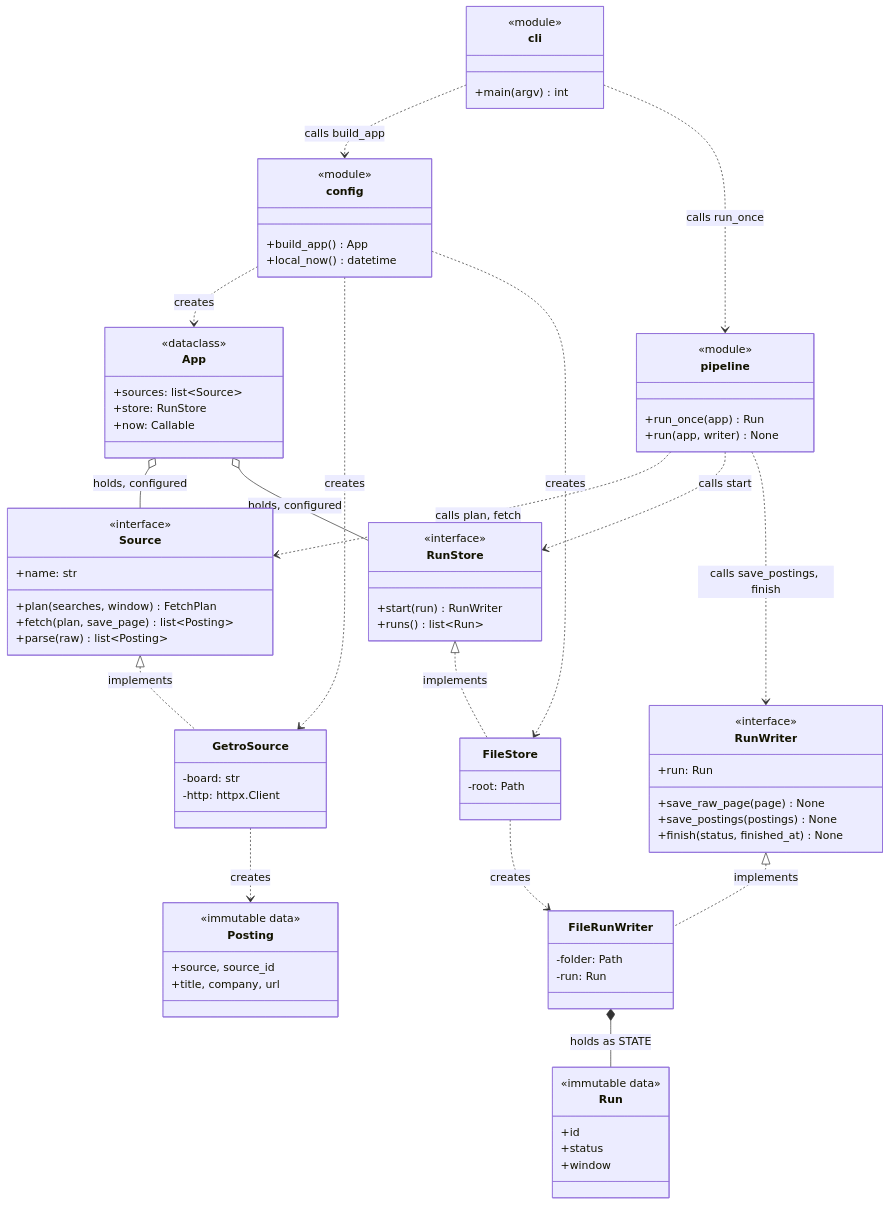
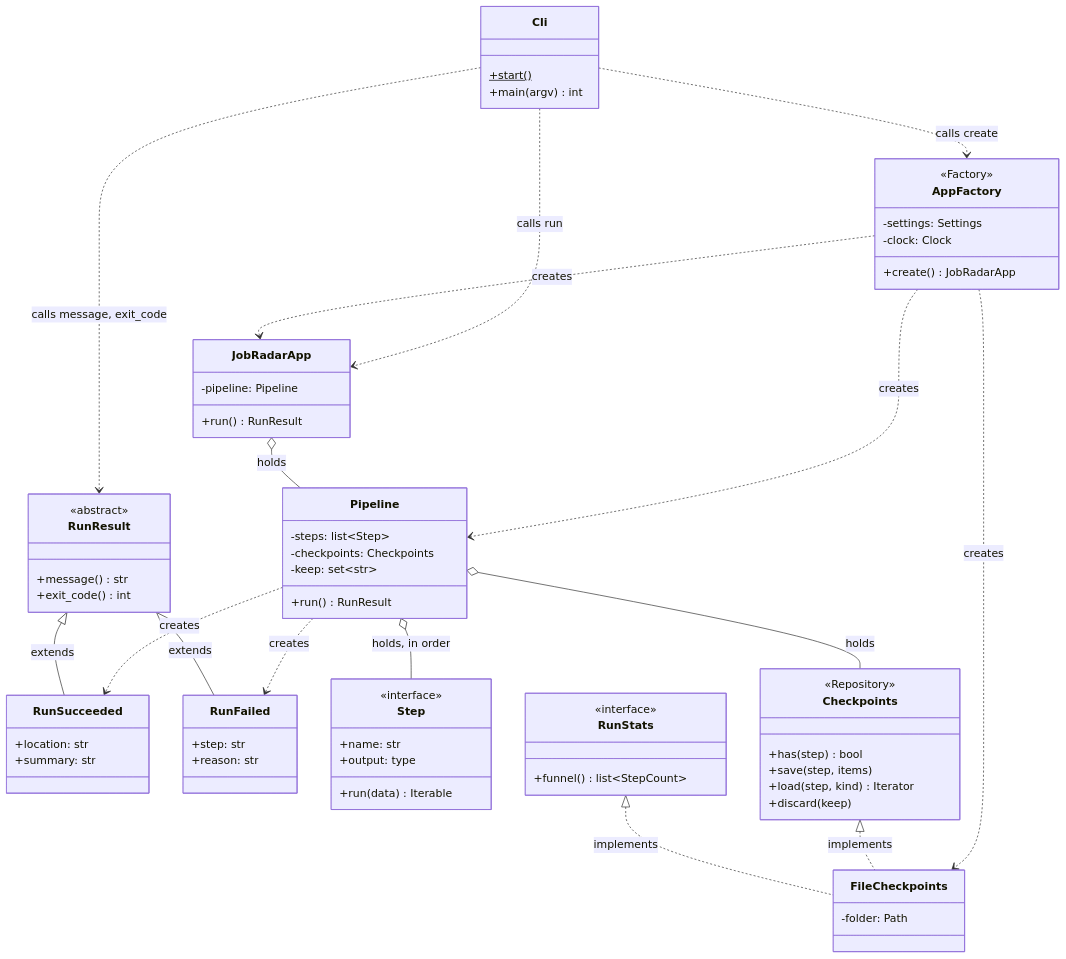
Before and after one commit to adailida/job-radar: the first of 4 diagrams in docs/architecture.md, drawn with Mermaid. The commit also changed other lines of this file, not shown here.

First line of the commit message:
Redesign the architecture: pipeline of steps with checkpoints

````diff
--- a/docs/architecture.md
+++ b/docs/architecture.md
@@ -12,82 +23,73 @@
 classDiagram
     direction TB
 
-    class cli {
-        <<module>>
+    class Cli {
+        +start()$
         +main(argv) int
     }
-    class config {
-        <<module>>
-        +build_app() App
-        +local_now() datetime
+    class AppFactory {
+        <<Factory>>
+        -settings: Settings
+        -clock: Clock
+        +create() JobRadarApp
     }
-    class App {
-        <<dataclass>>
-        +sources: list~Source~
-        +store: RunStore
-        +now: Callable
+    class JobRadarApp {
+        -pipeline: Pipeline
+        +run() RunResult
     }
-    class pipeline {
-        <<module>>
-        +run_once(app) Run
-        +run(app, writer) None
+    class RunResult {
+        <<abstract>>
+        +message() str
+        +exit_code() int
     }
-    class Source {
+    class RunSucceeded {
+        +location: str
+        +summary: str
+    }
+    class RunFailed {
+        +step: str
+        +reason: str
+    }
+    class Pipeline {
+        -steps: list~Step~
+        -checkpoints: Checkpoints
+        -keep: set~str~
+        +run() RunResult
+    }
+    class Step {
         <<interface>>
         +name: str
-        +plan(searches, window) FetchPlan
-        +fetch(plan, save_page) list~Posting~
-        +parse(raw) list~Posting~
+        +output: type
+        +run(data) Iterable
     }
-    class GetroSource {
-        -board: str
-        -http: httpx.Client
+    class Checkpoints {
+        <<Repository>>
+        +has(step) bool
+        +save(step, items)
+        +load(step, kind) Iterator
+        +discard(keep)
     }
-    class RunStore {
+    class RunStats {
         <<interface>>
-        +start(run) RunWriter
-        +runs() list~Run~
+        +funnel() list~StepCount~
     }
-    class FileStore {
-        -root: Path
-    }
-    class RunWriter {
-        <<interface>>
-        +run: Run
-        +save_raw_page(page) None
-        +save_postings(postings) None
-        +finish(status, finished_at) None
-    }
-    class FileRunWriter {
+    class FileCheckpoints {
         -folder: Path
-        -run: Run
-    }
-    class Run {
-        <<immutable data>>
-        +id
-        +status
-        +window
-    }
-    class Posting {
-        <<immutable data>>
-        +source, source_id
-        +title, company, url
     }
 
-    cli ..> config : calls build_app
-    cli ..> pipeline : calls run_once
-    config ..> App : creates
-    config ..> GetroSource : creates
-    config ..> FileStore : creates
-    App o-- Source : holds, configured
-    App o-- RunStore : holds, configured
-    pipeline ..> Source : calls plan, fetch
-    pipeline ..> RunStore : calls start
-    pipeline ..> RunWriter : calls save_postings, finish
-    Source <|.. GetroSource : implements
-    RunStore <|.. FileStore : implements
-    RunWriter <|.. FileRunWriter : implements
-    FileStore ..> FileRunWriter : creates
-    FileRunWriter *-- Run : holds as STATE
-    GetroSource ..> Posting : creates
+    Cli ..> AppFactory : calls create
+    Cli ..> JobRadarApp : calls run
+    Cli ..> RunResult : calls message, exit_code
+    AppFactory ..> JobRadarApp : creates
+    AppFactory ..> Pipeline : creates
+    AppFactory ..> FileCheckpoints : creates
+    JobRadarApp o-- Pipeline : holds
+    Pipeline o-- Step : holds, in order
+    Pipeline o-- Checkpoints : holds
+    Pipeline ..> RunSucceeded : creates
+    Pipeline ..> RunFailed : creates
+    RunResult <|-- RunSucceeded : extends
+    RunResult <|-- RunFailed : extends
+    Checkpoints <|.. FileCheckpoints : implements
+    RunStats <|.. FileCheckpoints : implements
 ```
````
